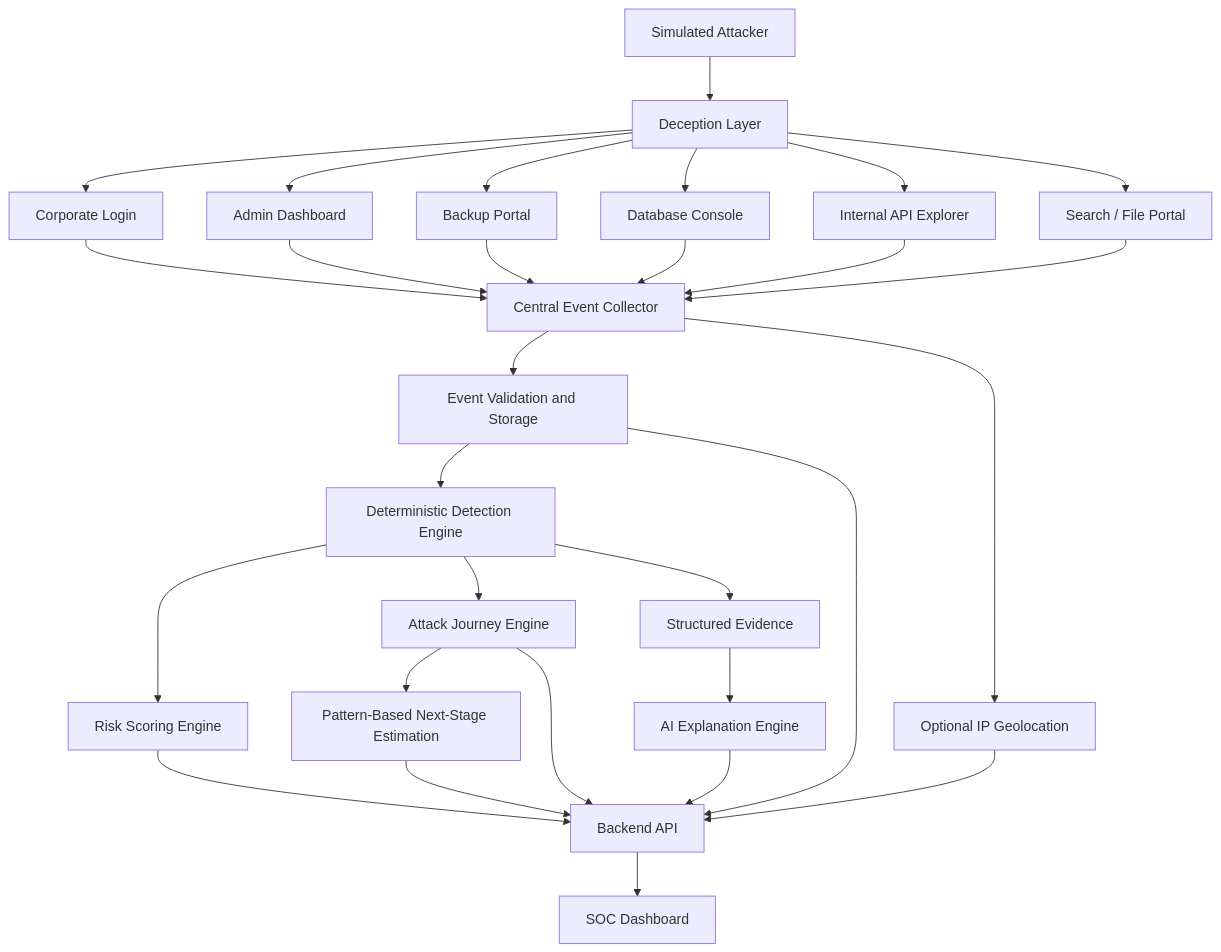
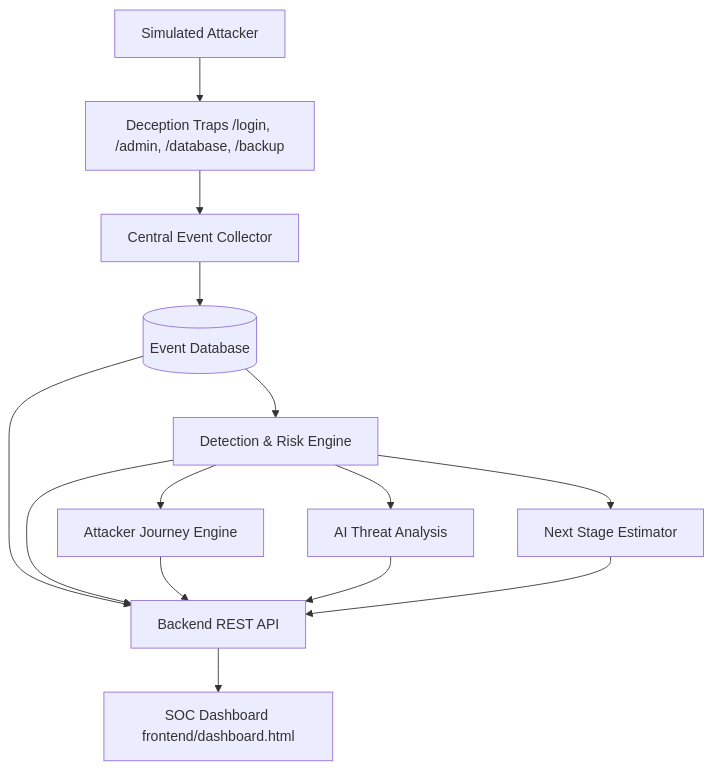
The diagram in README.md (Sarthak2121006/Net-Decoy), drawn with Mermaid before and after one commit. The commit also changed other lines of this file and 5 other files, not shown here.

Commit message:
feat: implement SOC dashboard and update README documentation

````diff
--- a/README.md
+++ b/README.md
@@ -98,33 +65,18 @@
 ``` mermaid
 flowchart TD
-    A[Simulated Attacker] --> B[Deception Layer]
-    B --> B1[Corporate Login]
-    B --> B2[Admin Dashboard]
-    B --> B3[Backup Portal]
-    B --> B4[Database Console]
-    B --> B5[Internal API Explorer]
-    B --> B6[Search / File Portal]
+    Attacker[Simulated Attacker] --> Traps[Deception Traps /login, /admin, /database, /backup]
+    Traps --> Collector[Central Event Collector]
+    Collector --> Storage[(Event Database)]
+    Storage --> Detection[Detection & Risk Engine]
+    Detection --> Journey[Attacker Journey Engine]
+    Detection --> AI[AI Threat Analysis]
+    Detection --> Predict[Next Stage Estimator]
+    
+    Storage --> API[Backend REST API]
+    Detection --> API
+    Journey --> API
+    AI --> API
+    Predict --> API
 
-    B1 --> C[Central Event Collector]
-    B2 --> C
-    B3 --> C
-    B4 --> C
-    B5 --> C
-    B6 --> C
-
-    C --> D[Event Validation and Storage]
-    D --> E[Deterministic Detection Engine]
-    E --> F[Risk Scoring Engine]
-    E --> G[Attack Journey Engine]
-    E --> H[Structured Evidence]
-    H --> I[AI Explanation Engine]
-    G --> J[Pattern-Based Next-Stage Estimation]
-    C --> K[Optional IP Geolocation]
-    D --> L[Backend API]
-    F --> L
-    G --> L
-    I --> L
-    J --> L
-    K --> L
-    L --> M[SOC Dashboard]
+    API --> Dashboard[SOC Dashboard frontend/dashboard.html]
 ```
````
